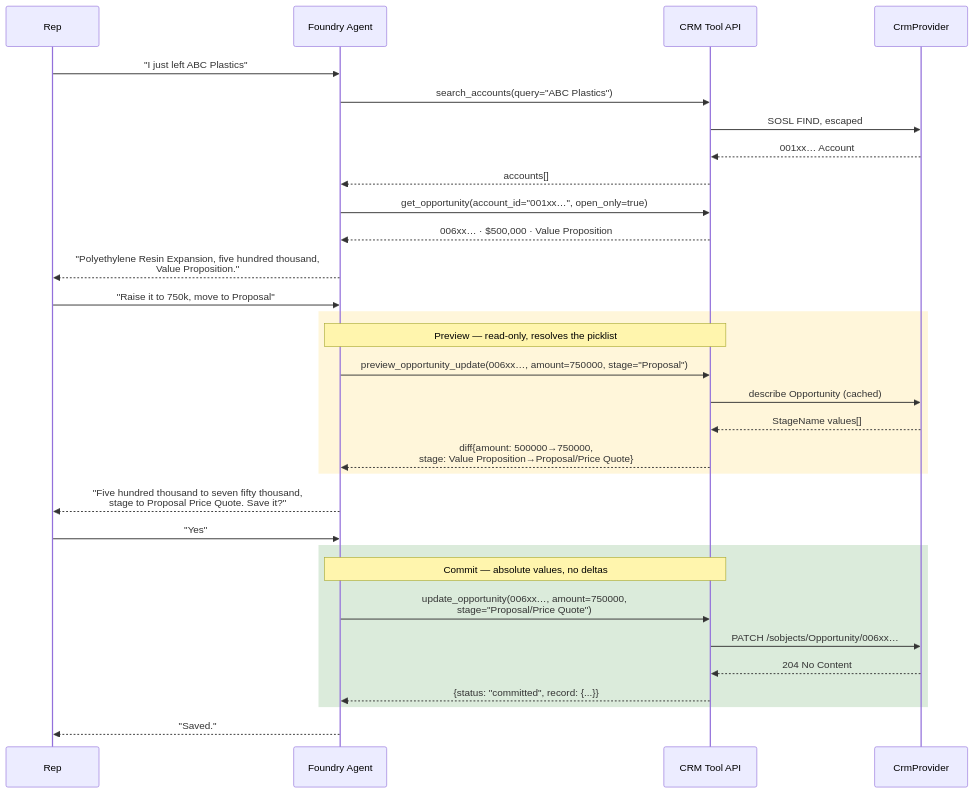
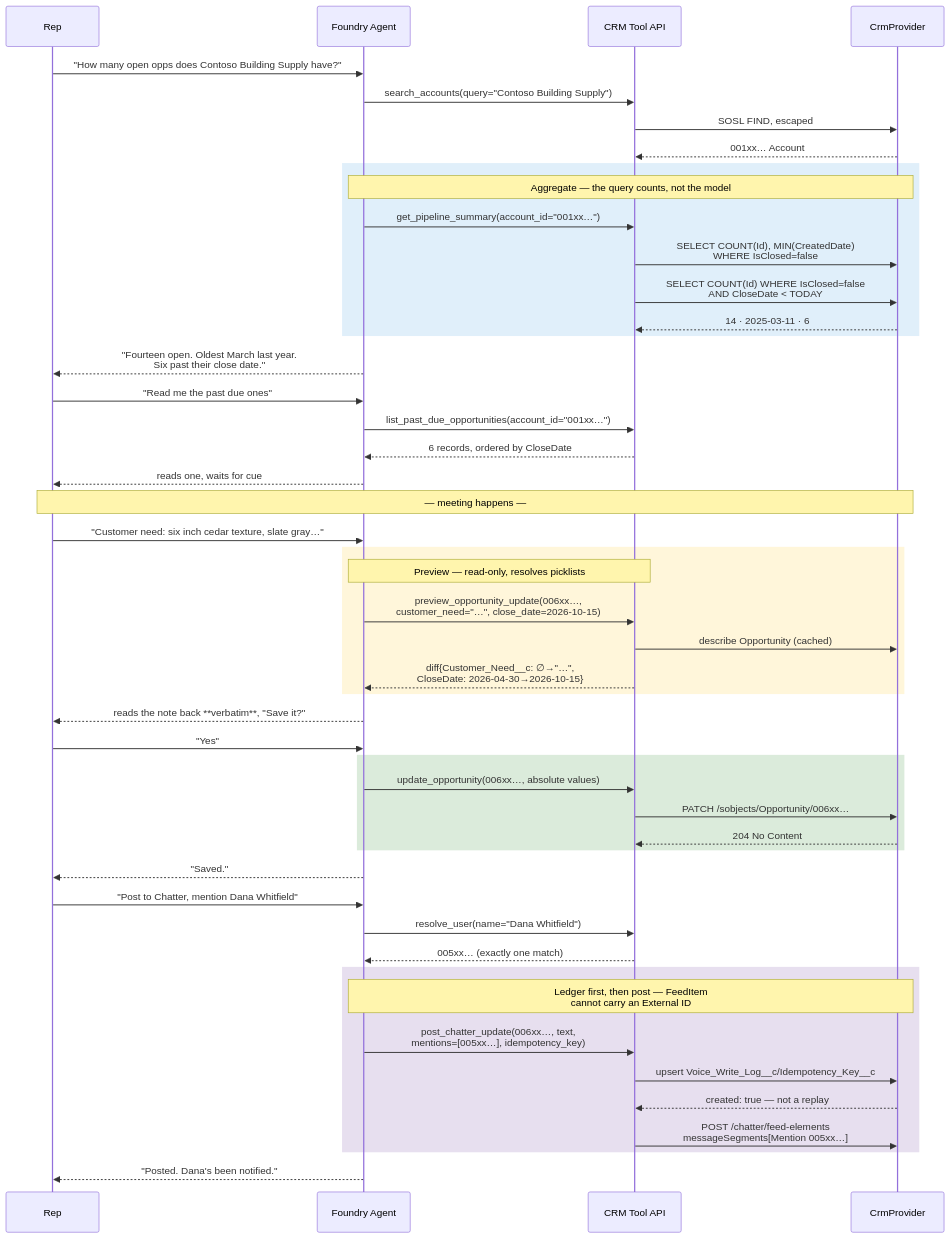
One commit to mikefelder/foundry-voice-agent-crm-poc changed the third of 7 diagrams in README.md. Above: the diagram before and after it, drawn with Mermaid. The commit also changed other lines of this file and 23 other files, not shown here.

````diff
--- a/README.md
+++ b/README.md
@@ -163,36 +200,56 @@
 ```mermaid
 sequenceDiagram
     participant R as Rep
     participant A as Foundry Agent
     participant T as CRM Tool API
     participant D as CrmProvider
 
-    R->>A: "I just left ABC Plastics"
-    A->>T: search_accounts(query="ABC Plastics")
+    R->>A: "How many open opps does Contoso Building Supply have?"
+    A->>T: search_accounts(query="Contoso Building Supply")
     T->>D: SOSL FIND, escaped
     D-->>T: 001xx… Account
-    T-->>A: accounts[]
-    A->>T: get_opportunity(account_id="001xx…", open_only=true)
-    T-->>A: 006xx… · $500,000 · Value Proposition
-    A-->>R: "Polyethylene Resin Expansion, five hundred thousand,<br/>Value Proposition."
+    rect rgba(0,120,212,0.12)
+        Note over A,D: Aggregate — the query counts, not the model
+        A->>T: get_pipeline_summary(account_id="001xx…")
+        T->>D: SELECT COUNT(Id), MIN(CreatedDate)<br/>WHERE IsClosed=false
+        T->>D: SELECT COUNT(Id) WHERE IsClosed=false<br/>AND CloseDate < TODAY
+        D-->>T: 14 · 2025-03-11 · 6
+    end
+    A-->>R: "Fourteen open. Oldest March last year.<br/>Six past their close date."
 
-    R->>A: "Raise it to 750k, move to Proposal"
+    R->>A: "Read me the past due ones"
+    A->>T: list_past_due_opportunities(account_id="001xx…")
+    T-->>A: 6 records, ordered by CloseDate
+    A-->>R: reads one, waits for cue
+
+    Note over R,D: — meeting happens —
+
+    R->>A: "Customer need: six inch cedar texture, slate gray…"
     rect rgba(255,193,7,0.15)
-        Note over A,T: Preview — read-only, resolves the picklist
-        A->>T: preview_opportunity_update(006xx…, amount=750000, stage="Proposal")
+        Note over A,T: Preview — read-only, resolves picklists
+        A->>T: preview_opportunity_update(006xx…,<br/>customer_need="…", close_date=2026-10-15)
         T->>D: describe Opportunity (cached)
-        D-->>T: StageName values[]
-        T-->>A: diff{amount: 500000→750000,<br/>stage: Value Proposition→Proposal/Price Quote}
+        T-->>A: diff{Customer_Need__c: ∅→"…",<br/>CloseDate: 2026-04-30→2026-10-15}
     end
-    A-->>R: "Five hundred thousand to seven fifty thousand,<br/>stage to Proposal Price Quote. Save it?"
+    A-->>R: reads the note back **verbatim**, "Save it?"
 
     R->>A: "Yes"
     rect rgba(16,124,16,0.15)
-        Note over A,T: Commit — absolute values, no deltas
-        A->>T: update_opportunity(006xx…, amount=750000,<br/>stage="Proposal/Price Quote")
+        A->>T: update_opportunity(006xx…, absolute values)
         T->>D: PATCH /sobjects/Opportunity/006xx…
         D-->>T: 204 No Content
-        T-->>A: {status: "committed", record: {...}}
     end
     A-->>R: "Saved."
+
+    R->>A: "Post to Chatter, mention Dana Whitfield"
+    A->>T: resolve_user(name="Dana Whitfield")
+    T-->>A: 005xx… (exactly one match)
+    rect rgba(92,45,145,0.15)
+        Note over A,D: Ledger first, then post — FeedItem<br/>cannot carry an External ID
+        A->>T: post_chatter_update(006xx…, text,<br/>mentions=[005xx…], idempotency_key)
+        T->>D: upsert Voice_Write_Log__c/Idempotency_Key__c
+        D-->>T: created: true — not a replay
+        T->>D: POST /chatter/feed-elements<br/>messageSegments[Mention 005xx…]
+    end
+    A-->>R: "Posted. Dana's been notified."
 ```
````
